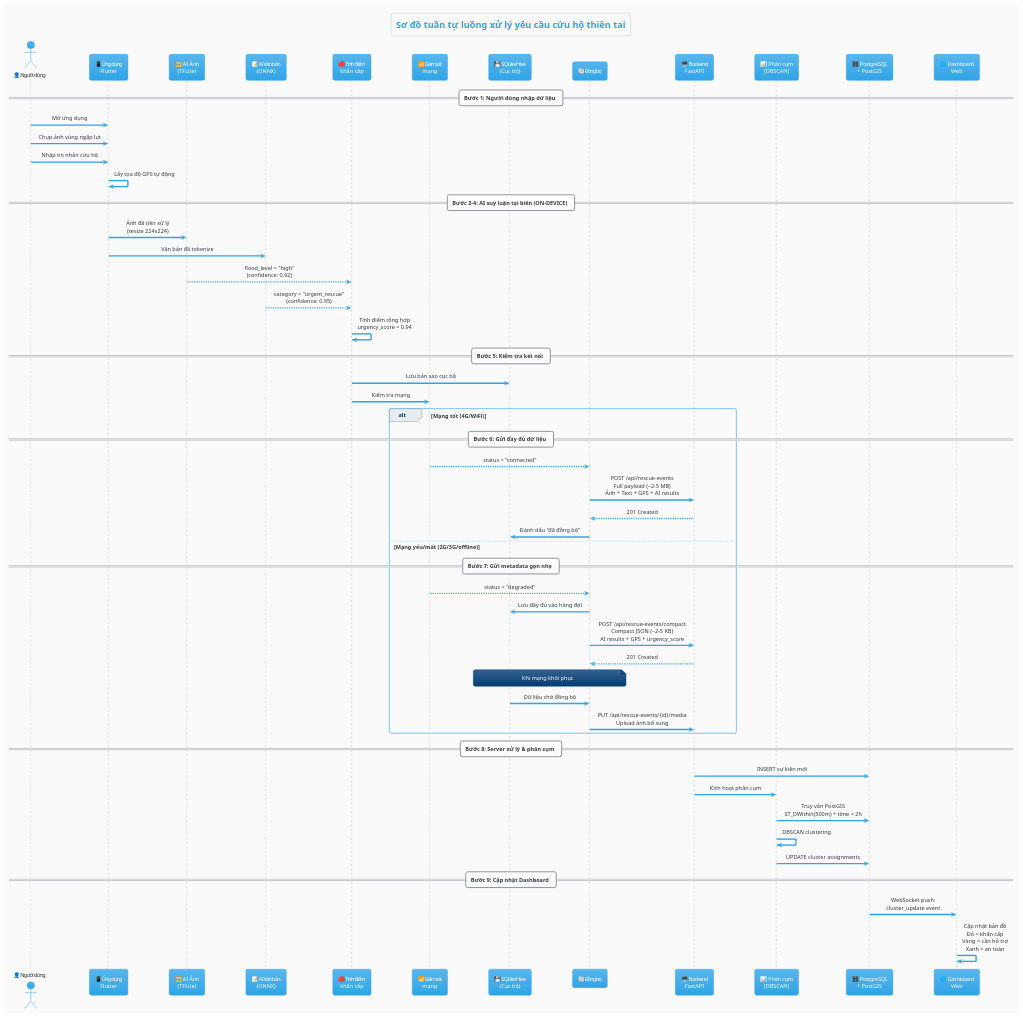
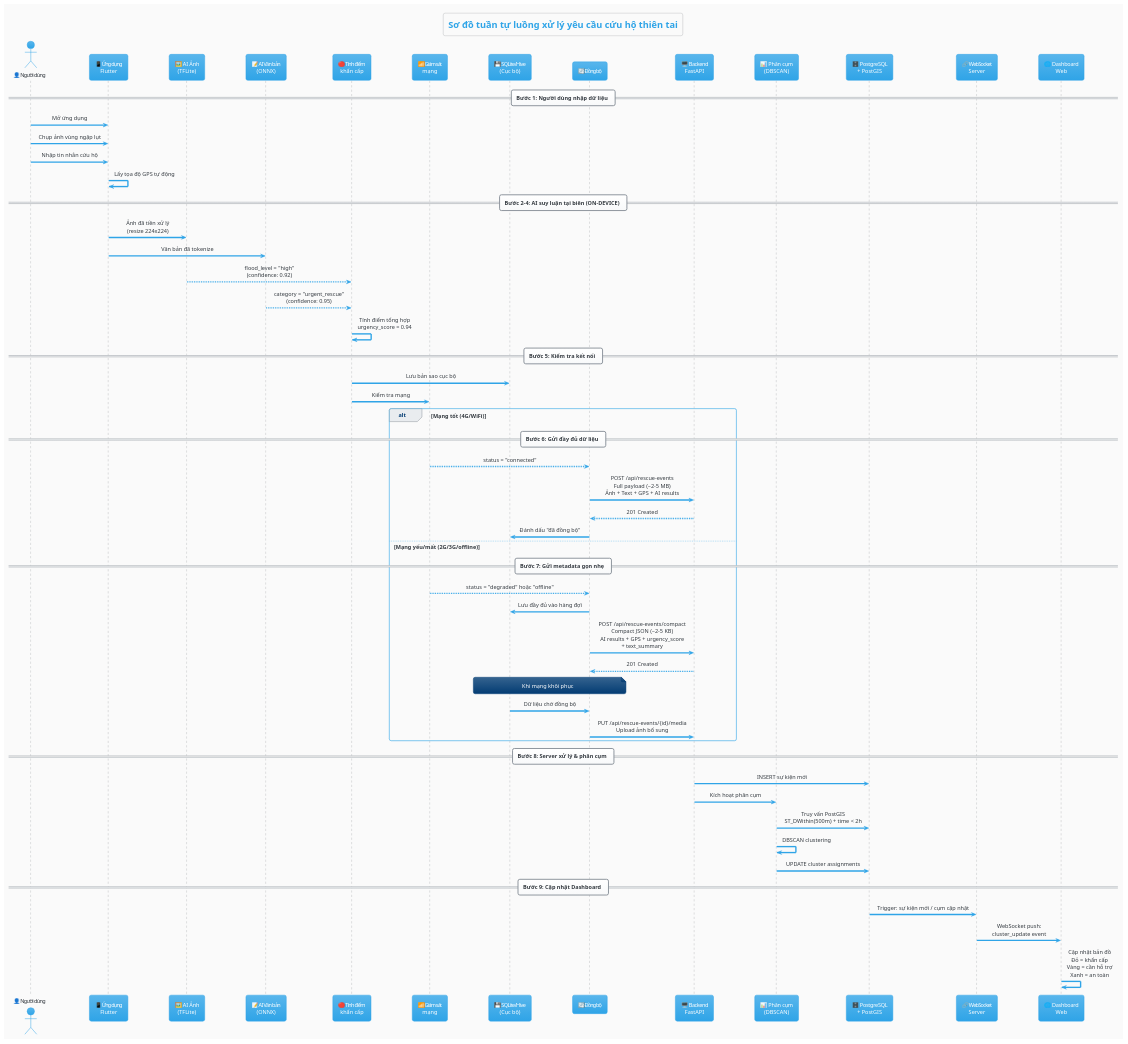
The eighth of 8 diagrams in architecture_design.md (ngthtrong/nckh2), drawn with PlantUML before and after one commit. The commit also changed other lines of this file and 11 other files, not shown here.

First line of the commit message:
Refactor progress report and enhance documentation; add system architecture and mobile architecture diagrams

````diff
--- a/architecture_design.md
+++ b/architecture_design.md
@@ -638,70 +641,72 @@
 ```plantuml
 @startuml sequence_rescue_flow
 !theme cerulean
 skinparam backgroundColor #FAFAFA
 skinparam defaultFontName "Segoe UI"
 skinparam sequenceMessageAlign center
 
 title Sơ đồ tuần tự luồng xử lý yêu cầu cứu hộ thiên tai
 
 actor "👤 Người dùng" as User
 participant "📱 Ứng dụng\nFlutter" as App
 participant "🖼️ AI Ảnh\n(TFLite)" as ImgAI
 participant "📝 AI Văn bản\n(ONNX)" as TxtAI
 participant "🔴 Tính điểm\nkhẩn cấp" as Score
 participant "📶 Giám sát\nmạng" as NetMon
 participant "💾 SQLite/Hive\n(Cục bộ)" as LocalDB
 participant "🔄 Đồng bộ" as Sync
 participant "🖥️ Backend\nFastAPI" as API
 participant "📊 Phân cụm\n(DBSCAN)" as Cluster
 participant "🗄️ PostgreSQL\n+ PostGIS" as DB
+participant "🔗 WebSocket\nServer" as WS
 participant "🌐 Dashboard\nWeb" as Dashboard
 
 == Bước 1: Người dùng nhập dữ liệu ==
 User -> App : Mở ứng dụng
 User -> App : Chụp ảnh vùng ngập lụt
 User -> App : Nhập tin nhắn cứu hộ
 App -> App : Lấy tọa độ GPS tự động
 
 == Bước 2-4: AI suy luận tại biên (ON-DEVICE) ==
 App -> ImgAI : Ảnh đã tiền xử lý\n(resize 224x224)
 App -> TxtAI : Văn bản đã tokenize
 ImgAI --> Score : flood_level = "high"\n(confidence: 0.92)
 TxtAI --> Score : category = "urgent_rescue"\n(confidence: 0.95)
 Score -> Score : Tính điểm tổng hợp\nurgency_score = 0.94
 
 == Bước 5: Kiểm tra kết nối ==
 Score -> LocalDB : Lưu bản sao cục bộ
 Score -> NetMon : Kiểm tra mạng
 
 alt Mạng tốt (4G/WiFi)
     == Bước 6: Gửi đầy đủ dữ liệu ==
     NetMon --> Sync : status = "connected"
     Sync -> API : POST /api/rescue-events\nFull payload (~2-5 MB)\nẢnh + Text + GPS + AI results
     API --> Sync : 201 Created
     Sync -> LocalDB : Đánh dấu "đã đồng bộ"
 
 else Mạng yếu/mất (2G/3G/offline)
     == Bước 7: Gửi metadata gọn nhẹ ==
-    NetMon --> Sync : status = "degraded"
+    NetMon --> Sync : status = "degraded" hoặc "offline"
     Sync -> LocalDB : Lưu đầy đủ vào hàng đợi
-    Sync -> API : POST /api/rescue-events/compact\nCompact JSON (~2-5 KB)\nAI results + GPS + urgency_score
+    Sync -> API : POST /api/rescue-events/compact\nCompact JSON (~2-5 KB)\nAI results + GPS + urgency_score\n+ text_summary
     API --> Sync : 201 Created
     note over LocalDB, Sync : Khi mạng khôi phục
     LocalDB -> Sync : Dữ liệu chờ đồng bộ
     Sync -> API : PUT /api/rescue-events/{id}/media\nUpload ảnh bổ sung
 end
 
 == Bước 8: Server xử lý & phân cụm ==
 API -> DB : INSERT sự kiện mới
 API -> Cluster : Kích hoạt phân cụm
 Cluster -> DB : Truy vấn PostGIS\nST_DWithin(500m) + time < 2h
 Cluster -> Cluster : DBSCAN clustering
 Cluster -> DB : UPDATE cluster assignments
 
 == Bước 9: Cập nhật Dashboard ==
-DB -> Dashboard : WebSocket push:\ncluster_update event
+DB -> WS : Trigger: sự kiện mới / cụm cập nhật
+WS -> Dashboard : WebSocket push:\ncluster_update event
 Dashboard -> Dashboard : Cập nhật bản đồ\nĐỏ = khẩn cấp\nVàng = cần hỗ trợ\nXanh = an toàn
 
 @enduml
 ```
````
